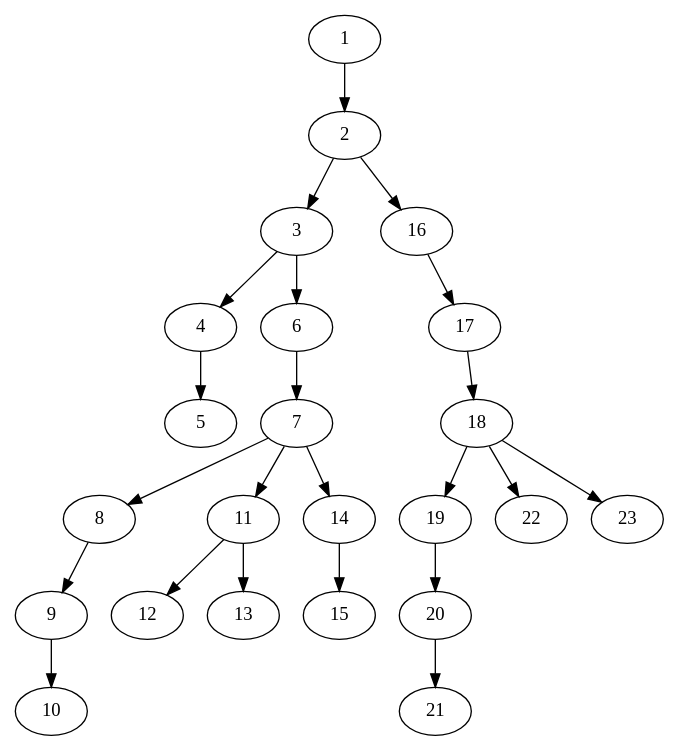
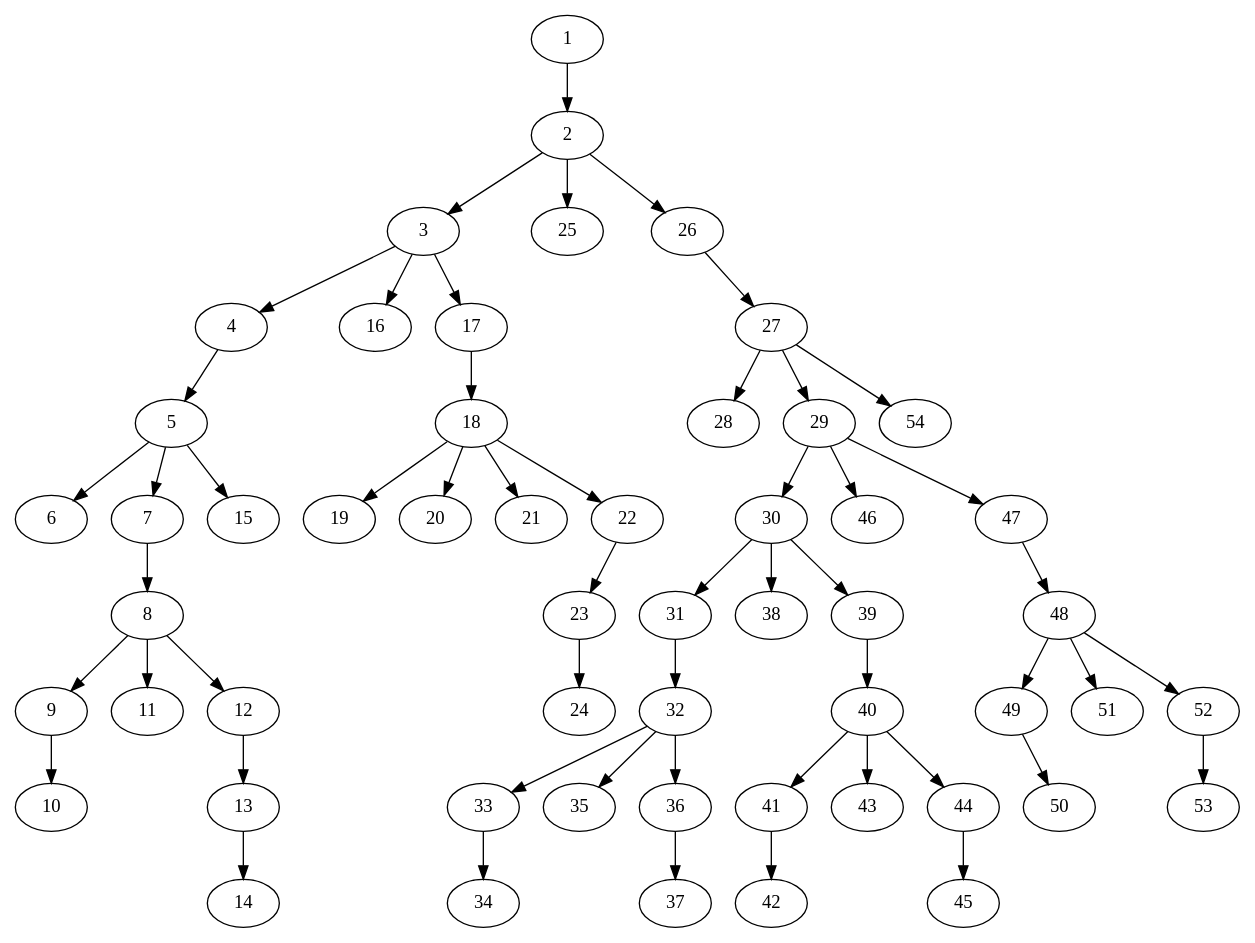
Before and after one commit to Ajax12345/caspian-lang: the diagram in caspian/src/ast_stuff.dot, drawn with Graphviz. The commit also changed 3 other files, not shown here.

```diff
--- a/caspian/src/ast_stuff.dot
+++ b/caspian/src/ast_stuff.dot
@@ -1,24 +1,55 @@
 strict digraph "" {
 	1 -> 2;
 	2 -> 3;
-	2 -> 16;
+	2 -> 25;
+	2 -> 26;
 	3 -> 4;
-	3 -> 6;
+	3 -> 16;
+	3 -> 17;
 	4 -> 5;
-	6 -> 7;
+	5 -> 6;
+	5 -> 7;
+	5 -> 15;
 	7 -> 8;
-	7 -> 11;
-	7 -> 14;
 	8 -> 9;
+	8 -> 11;
+	8 -> 12;
 	9 -> 10;
-	11 -> 12;
-	11 -> 13;
-	14 -> 15;
-	16 -> 17;
+	12 -> 13;
+	13 -> 14;
 	17 -> 18;
 	18 -> 19;
+	18 -> 20;
+	18 -> 21;
 	18 -> 22;
-	18 -> 23;
-	19 -> 20;
-	20 -> 21;
+	22 -> 23;
+	23 -> 24;
+	26 -> 27;
+	27 -> 28;
+	27 -> 29;
+	27 -> 54;
+	29 -> 30;
+	29 -> 46;
+	29 -> 47;
+	30 -> 31;
+	30 -> 38;
+	30 -> 39;
+	31 -> 32;
+	32 -> 33;
+	32 -> 35;
+	32 -> 36;
+	33 -> 34;
+	36 -> 37;
+	39 -> 40;
+	40 -> 41;
+	40 -> 43;
+	40 -> 44;
+	41 -> 42;
+	44 -> 45;
+	47 -> 48;
+	48 -> 49;
+	48 -> 51;
+	48 -> 52;
+	49 -> 50;
+	52 -> 53;
 }
```
